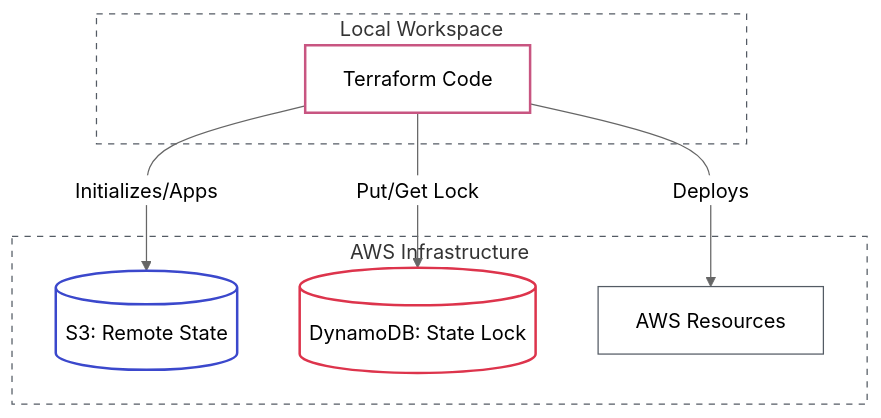
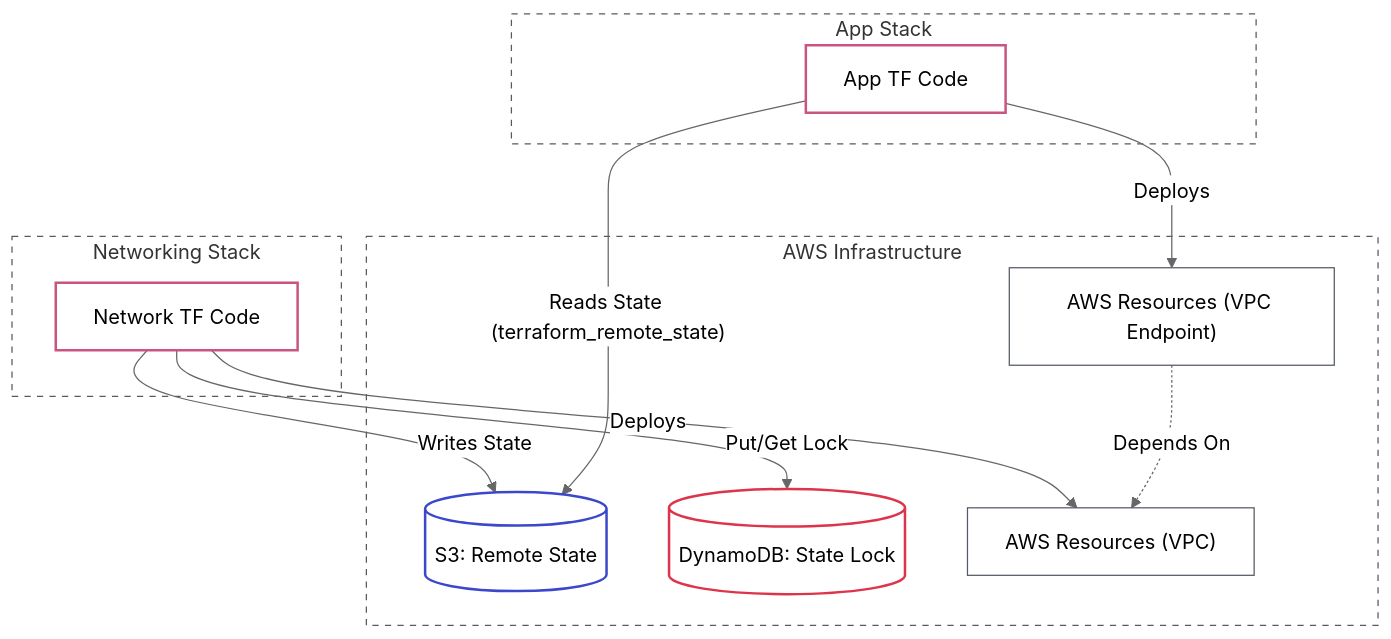
One commit to luhur-acn/intern-labs changed the diagram in labs/10-Remote_State.md. Above: the diagram before and after it, drawn with Mermaid (neutral theme). The commit also changed other lines of this file and 2 other files, not shown here.

Commit message:
feat: add detailed AWS infrastructure diagrams, expand resource definitions to include EC2 and ALBs, and enhance remote state examples for cross-stack data sharing and EC2 import.

````diff
--- a/labs/10-Remote_State.md
+++ b/labs/10-Remote_State.md
@@ -18,30 +18,39 @@
 ```mermaid
 graph TD
     %% Styling (AWS Standards)
     classDef terraform fill:none,stroke:#c85581,stroke-width:2px;
     classDef state fill:none,stroke:#3b48cc,stroke-width:2px;
     classDef db fill:none,stroke:#dd344c,stroke-width:2px;
     classDef container fill:none,stroke:#545b64,stroke-width:1px,stroke-dasharray: 5 5;
     classDef external fill:none,stroke:#545b64,stroke-width:1px;
 
-    subgraph Workspace ["Local Workspace"]
-        TF[Terraform Code]
+    subgraph Workspace ["Networking Stack"]
+        TF[Network TF Code]
     end
     
+    subgraph AppWorkspace ["App Stack"]
+        AppTF[App TF Code]
+    end
+
     subgraph AWS ["AWS Infrastructure"]
-        S3[(S3: Remote State)]
-        DB[(DynamoDB: State Lock)]
-        Res[AWS Resources]
+        S3[("S3: Remote State")]
+        DB[("DynamoDB: State Lock")]
+        Res["AWS Resources (VPC)"]
+        AppRes["AWS Resources (VPC Endpoint)"]
     end
     
-    TF -- "Initializes/Apps" --> S3
+    TF -- "Writes State" --> S3
     TF -- "Put/Get Lock" --> DB
     TF -- "Deploys" --> Res
+    
+    AppTF -- "Reads State (terraform_remote_state)" --> S3
+    AppTF -- "Deploys" --> AppRes
+    AppRes -. "Depends On" .-> Res
 
     %% Assign Classes
-    class TF terraform;
+    class TF,AppTF terraform;
     class S3 state;
     class DB db;
-    class Res external;
-    class Workspace,AWS container;
+    class Res,AppRes external;
+    class Workspace,AppWorkspace,AWS container;
 ```
````
